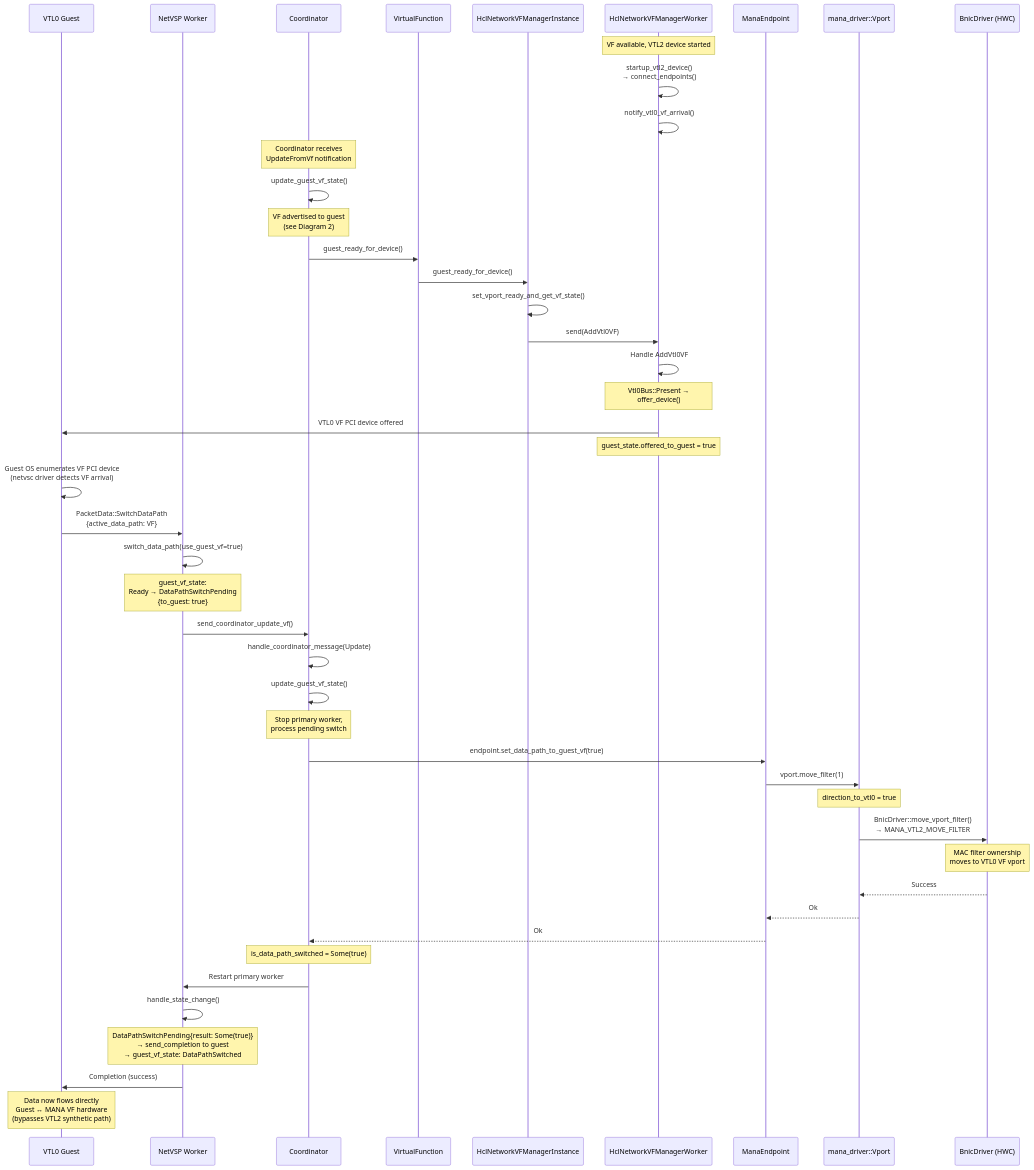
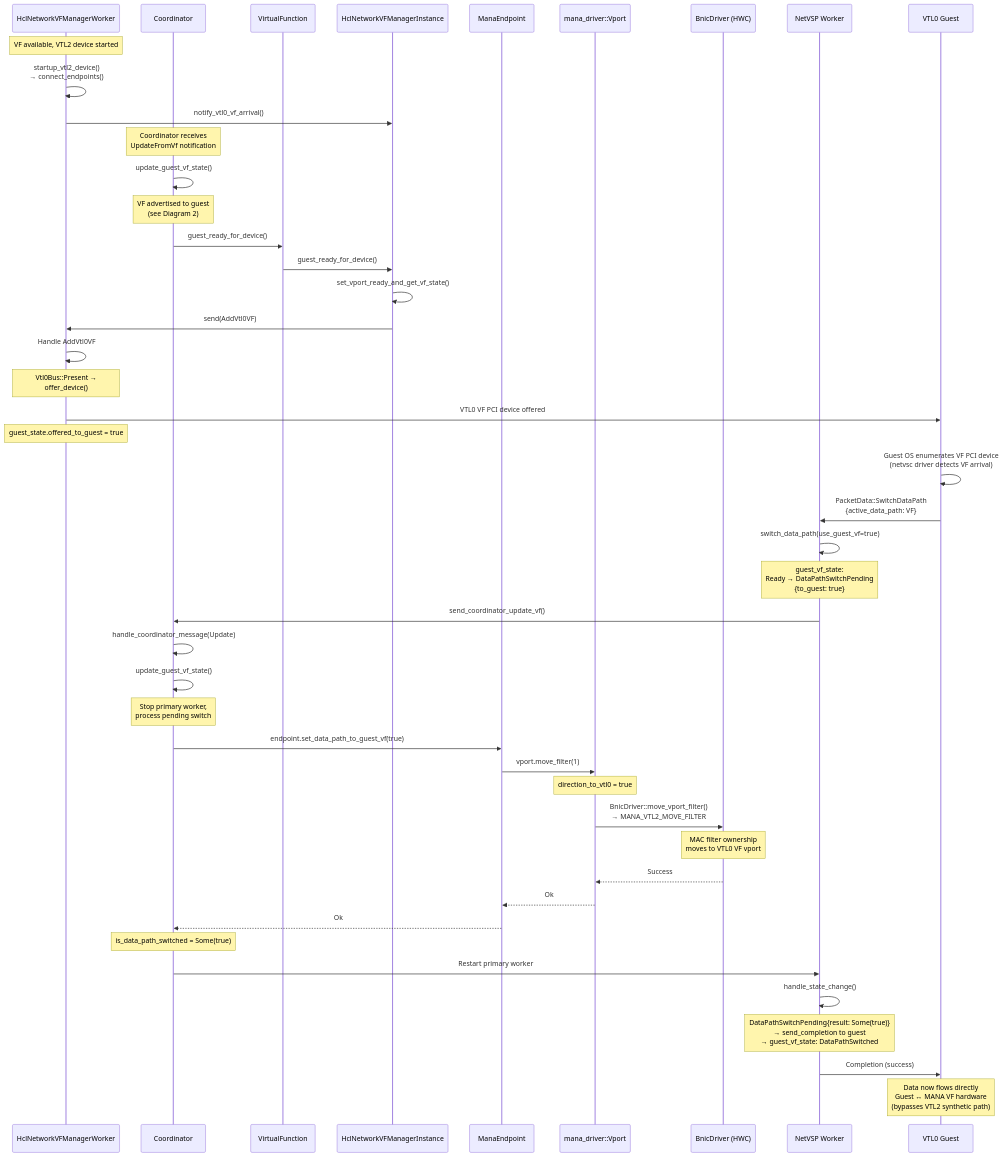
One commit to ben-zen/openvmm changed the third of 6 diagrams in Guide/src/dev_guide/netvsp_mana_lifecycle_diagrams.md. Above: the diagram before and after it, drawn with Mermaid. The commit also changed other lines of this file, not shown here.

Commit message:
Working on these diagrams.

````diff
--- a/Guide/src/dev_guide/netvsp_mana_lifecycle_diagrams.md
+++ b/Guide/src/dev_guide/netvsp_mana_lifecycle_diagrams.md
@@ -131,61 +128,62 @@
 ```mermaid
 sequenceDiagram
-    participant Guest as VTL0 Guest
-    participant NetVSP as NetVSP Worker
+    participant VFMgrWkr as HclNetworkVFManagerWorker
     participant Coord as Coordinator
     participant VFTrait as VirtualFunction
     participant VFMgrInst as HclNetworkVFManagerInstance
-    participant VFMgrWkr as HclNetworkVFManagerWorker
     participant ManaEP as ManaEndpoint
     participant Vport as mana_driver::Vport
     participant BNIC as BnicDriver (HWC)
+    
+    participant NetVSP as NetVSP Worker
+    participant Guest as VTL0 Guest
 
     Note over VFMgrWkr: VF available, VTL2 device started
     VFMgrWkr->>VFMgrWkr: startup_vtl2_device()<br/>→ connect_endpoints()
-    VFMgrWkr->>VFMgrWkr: notify_vtl0_vf_arrival()
+    VFMgrWkr->>VFMgrInst: notify_vtl0_vf_arrival()
 
     Note over Coord: Coordinator receives<br/>UpdateFromVf notification
     Coord->>Coord: update_guest_vf_state()
 
     Note over Coord: VF advertised to guest<br/>(see Diagram 2)
 
     Coord->>VFTrait: guest_ready_for_device()
     VFTrait->>VFMgrInst: guest_ready_for_device()
     VFMgrInst->>VFMgrInst: set_vport_ready_and_get_vf_state()
     VFMgrInst->>VFMgrWkr: send(AddVtl0VF)
 
     VFMgrWkr->>VFMgrWkr: Handle AddVtl0VF
     Note over VFMgrWkr: Vtl0Bus::Present →<br/>offer_device()
     VFMgrWkr->>Guest: VTL0 VF PCI device offered
     Note over VFMgrWkr: guest_state.offered_to_guest = true
 
     Guest->>Guest: Guest OS enumerates VF PCI device<br/>(netvsc driver detects VF arrival)
 
     Guest->>NetVSP: PacketData::SwitchDataPath<br/>{active_data_path: VF}
     NetVSP->>NetVSP: switch_data_path(use_guest_vf=true)
     Note over NetVSP: guest_vf_state:<br/>Ready → DataPathSwitchPending<br/>{to_guest: true}
     NetVSP->>Coord: send_coordinator_update_vf()
 
     Coord->>Coord: handle_coordinator_message(Update)
     Coord->>Coord: update_guest_vf_state()
 
     Note over Coord: Stop primary worker,<br/>process pending switch
     Coord->>ManaEP: endpoint.set_data_path_to_guest_vf(true)
     ManaEP->>Vport: vport.move_filter(1)
     Note over Vport: direction_to_vtl0 = true
     Vport->>BNIC: BnicDriver::move_vport_filter()<br/>→ MANA_VTL2_MOVE_FILTER
     Note over BNIC: MAC filter ownership<br/>moves to VTL0 VF vport
 
     BNIC-->>Vport: Success
     Vport-->>ManaEP: Ok
     ManaEP-->>Coord: Ok
     Note over Coord: is_data_path_switched = Some(true)
 
     Coord->>NetVSP: Restart primary worker
     NetVSP->>NetVSP: handle_state_change()
     Note over NetVSP: DataPathSwitchPending{result: Some(true)}<br/>→ send_completion to guest<br/>→ guest_vf_state: DataPathSwitched
 
     NetVSP->>Guest: Completion (success)
 
     Note over Guest: Data now flows directly<br/>Guest ↔ MANA VF hardware<br/>(bypasses VTL2 synthetic path)
 ```
````
